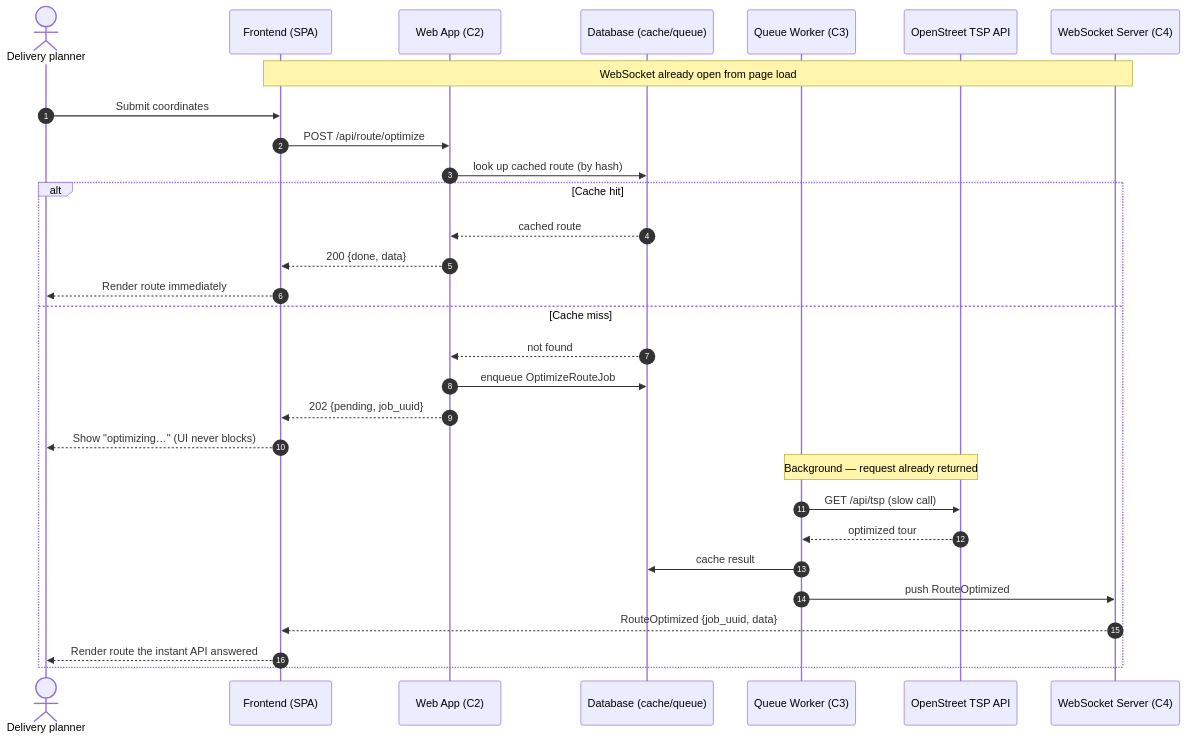
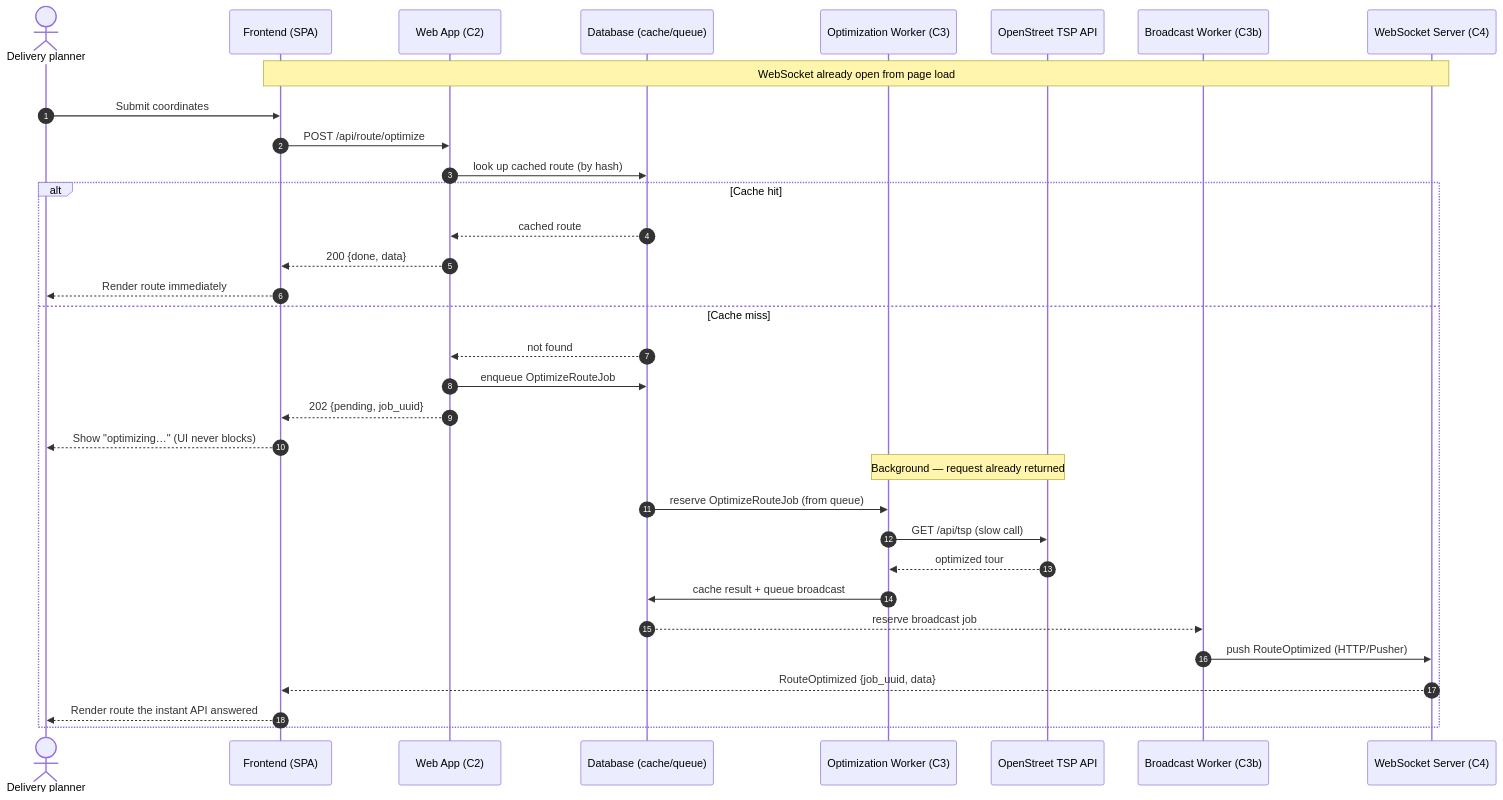
One commit to Bruoche/optistock changed the fourth of 4 diagrams in specs/001-delivery-route-optimization/architecture.md. Above: the diagram before and after it, drawn with Mermaid. The commit also changed other lines of this file, not shown here.

Commit message:
Small architecture fixes

````diff
--- a/specs/001-delivery-route-optimization/architecture.md
+++ b/specs/001-delivery-route-optimization/architecture.md
@@ -182,36 +183,39 @@
 ```mermaid
 sequenceDiagram
     autonumber
     actor U as Delivery planner
     participant F as Frontend (SPA)
     participant W as Web App (C2)
     participant DB as Database (cache/queue)
-    participant Q as Queue Worker (C3)
+    participant Q as Optimization Worker (C3)
     participant API as OpenStreet TSP API
+    participant BW as Broadcast Worker (C3b)
     participant WS as WebSocket Server (C4)
 
     Note over F,WS: WebSocket already open from page load
 
     U->>F: Submit coordinates
     F->>W: POST /api/route/optimize
     W->>DB: look up cached route (by hash)
 
     alt Cache hit
         DB-->>W: cached route
         W-->>F: 200 {done, data}
         F-->>U: Render route immediately
     else Cache miss
         DB-->>W: not found
         W->>DB: enqueue OptimizeRouteJob
         W-->>F: 202 {pending, job_uuid}
         F-->>U: Show "optimizing…" (UI never blocks)
 
         Note over Q,API: Background — request already returned
+        DB->>Q: reserve OptimizeRouteJob (from queue)
         Q->>API: GET /api/tsp (slow call)
         API-->>Q: optimized tour
-        Q->>DB: cache result
-        Q->>WS: push RouteOptimized
+        Q->>DB: cache result + queue broadcast
+        DB-->>BW: reserve broadcast job
+        BW->>WS: push RouteOptimized (HTTP/Pusher)
         WS-->>F: RouteOptimized {job_uuid, data}
         F-->>U: Render route the instant API answered
     end
 ```
````
